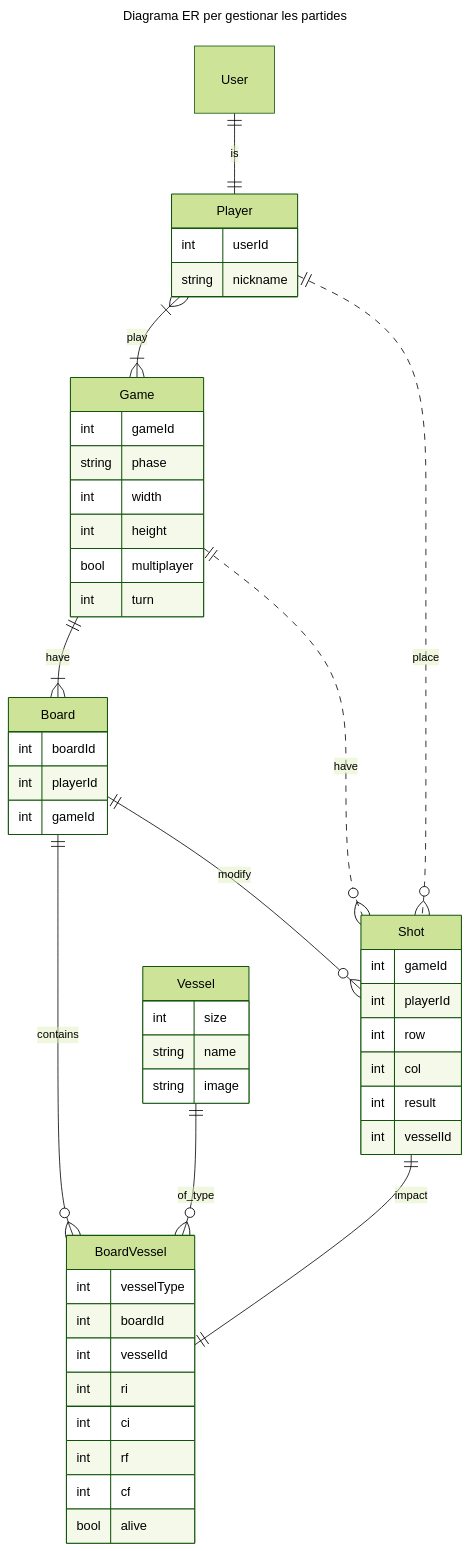
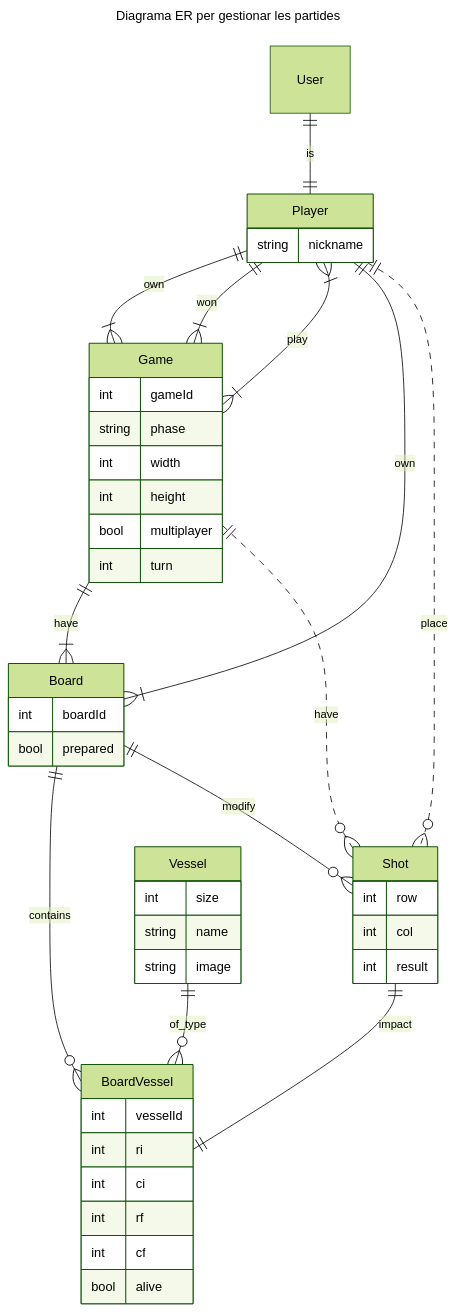
One commit to SoftwareDistribuitUB-2025/Enunciat_P2 changed the diagram in Sessions/Sessio_2.md. Above: the diagram before and after it, drawn with Mermaid (forest theme). The commit also changed other lines of this file and 2 other files, not shown here.

````diff
--- a/Sessions/Sessio_2.md
+++ b/Sessions/Sessio_2.md
@@ -37,55 +37,51 @@
 ```mermaid
 ---
 title: Diagrama ER per gestionar les partides
 ---
 erDiagram
     User 1 to 1 Player: is
-    Player {
-        int userId
+    Player {        
         string nickname
     }
     Game {
         int gameId
         string phase
         int width
         int height 
         bool multiplayer
         int turn
     }
+    Player 1 to one or more Game: own
+    Player 1 to one or more Game: won
     Player }|--|{ Game : play
     Board {
         int boardId
-        int playerId
-        int gameId        
+        bool prepared        
     }
     Board ||--o{ BoardVessel : contains
+    Player 1 to one or more Board: own
     Game 1 to one or more Board: have
-    BoardVessel {
-        int vesselType
-        int boardId
+    BoardVessel {        
         int vesselId
         int ri
         int ci
         int rf
         int cf      
         bool alive
     }
     Player 1 optionally to many Shot: place
     Game 1 optionally to many Shot: have
     Shot 1 to 1 BoardVessel: impact
     Board 1 to many Shot: modify
     Vessel 1 to many BoardVessel: of_type
-    Shot {
-        int gameId
-        int playerId
+    Shot {        
         int row
         int col
-        int result
-        int vesselId        
+        int result        
     }
     Vessel {
         int size
         string name
         string image
     }
 ```
````
